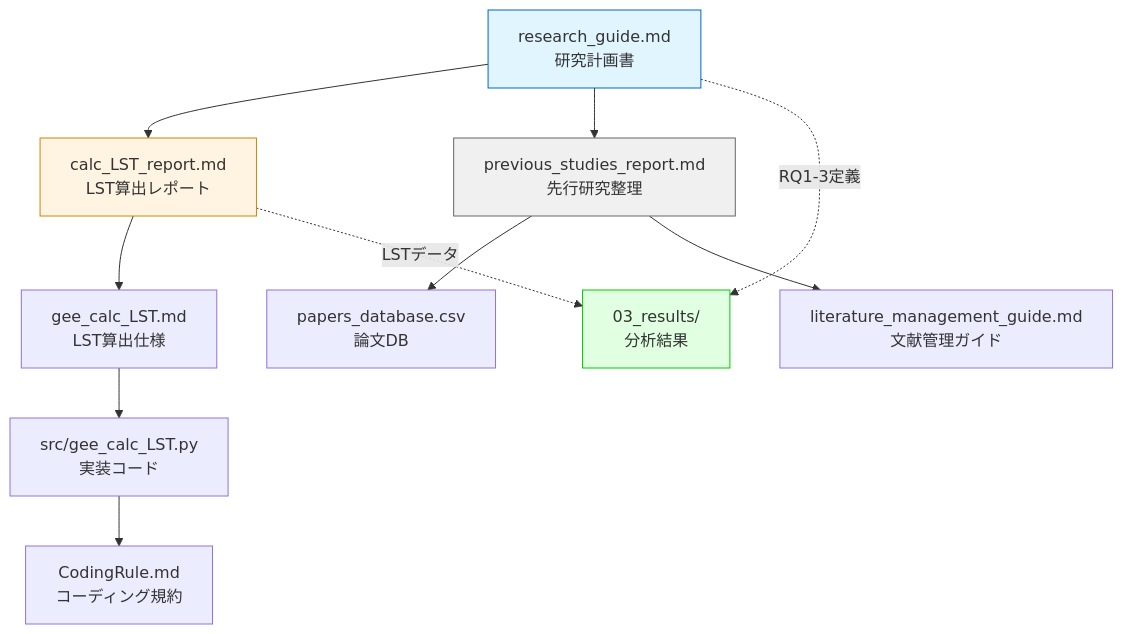
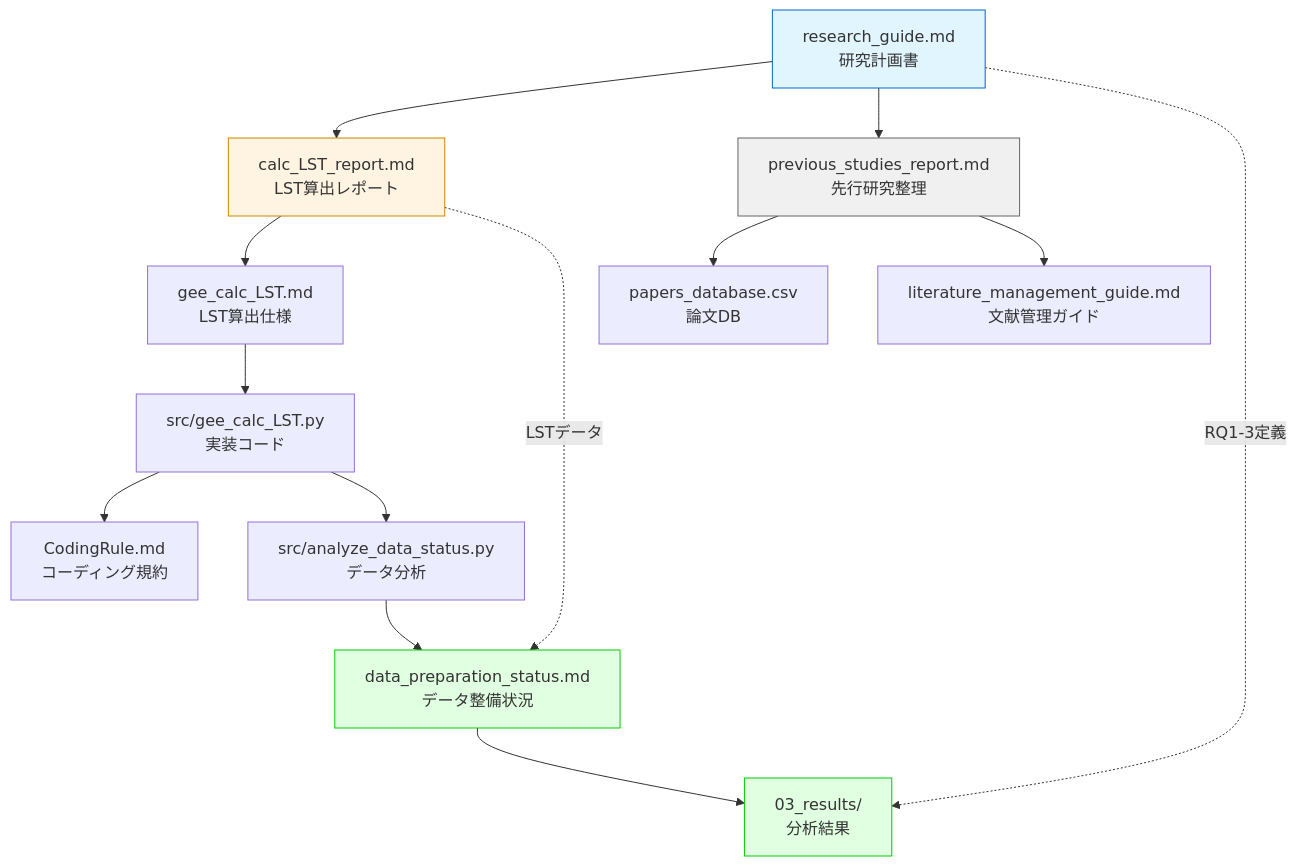
Before and after one commit to HitsujiNeko/MasterResearch: the diagram in docs/README.md, drawn with Mermaid. The commit also changed other lines of this file and 41 other files, not shown here.

````diff
--- a/docs/README.md
+++ b/docs/README.md
@@ -88,21 +98,26 @@
 ```mermaid
 graph TB
     A[research_guide.md<br/>研究計画書] --> B[calc_LST_report.md<br/>LST算出レポート]
     A --> C[previous_studies_report.md<br/>先行研究整理]
     
     B --> D[gee_calc_LST.md<br/>LST算出仕様]
     D --> E[src/gee_calc_LST.py<br/>実装コード]
     
     C --> F[papers_database.csv<br/>論文DB]
     C --> G[literature_management_guide.md<br/>文献管理ガイド]
     
     E --> H[CodingRule.md<br/>コーディング規約]
+    E --> J[src/analyze_data_status.py<br/>データ分析]
+    
+    J --> K[data_preparation_status.md<br/>データ整備状況]
     
     A -.RQ1-3定義.-> I[03_results/<br/>分析結果]
-    B -.LSTデータ.-> I
+    B -.LSTデータ.-> K
+    K --> I
     
     style A fill:#e1f5ff,stroke:#0066cc
     style B fill:#fff4e1,stroke:#cc8800
     style C fill:#f0f0f0,stroke:#666
     style I fill:#e1ffe1,stroke:#00cc00
+    style K fill:#e1ffe1,stroke:#00cc00
 ```
````
